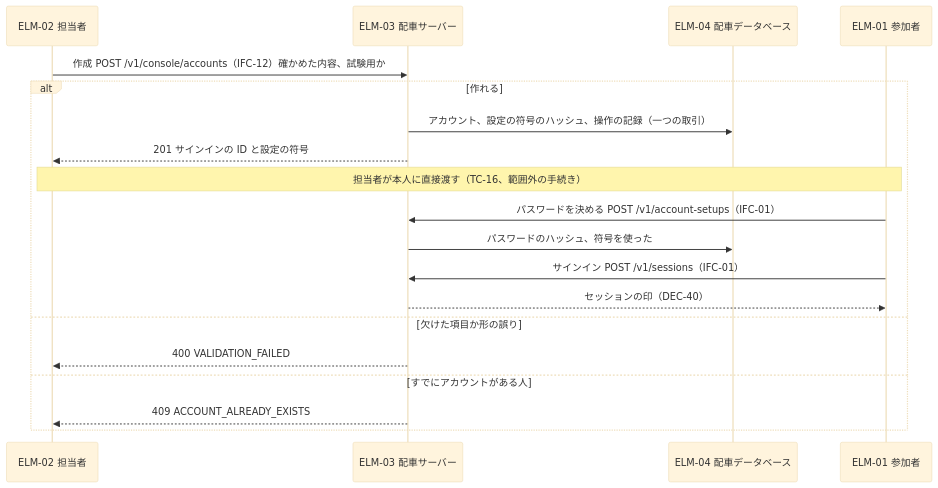
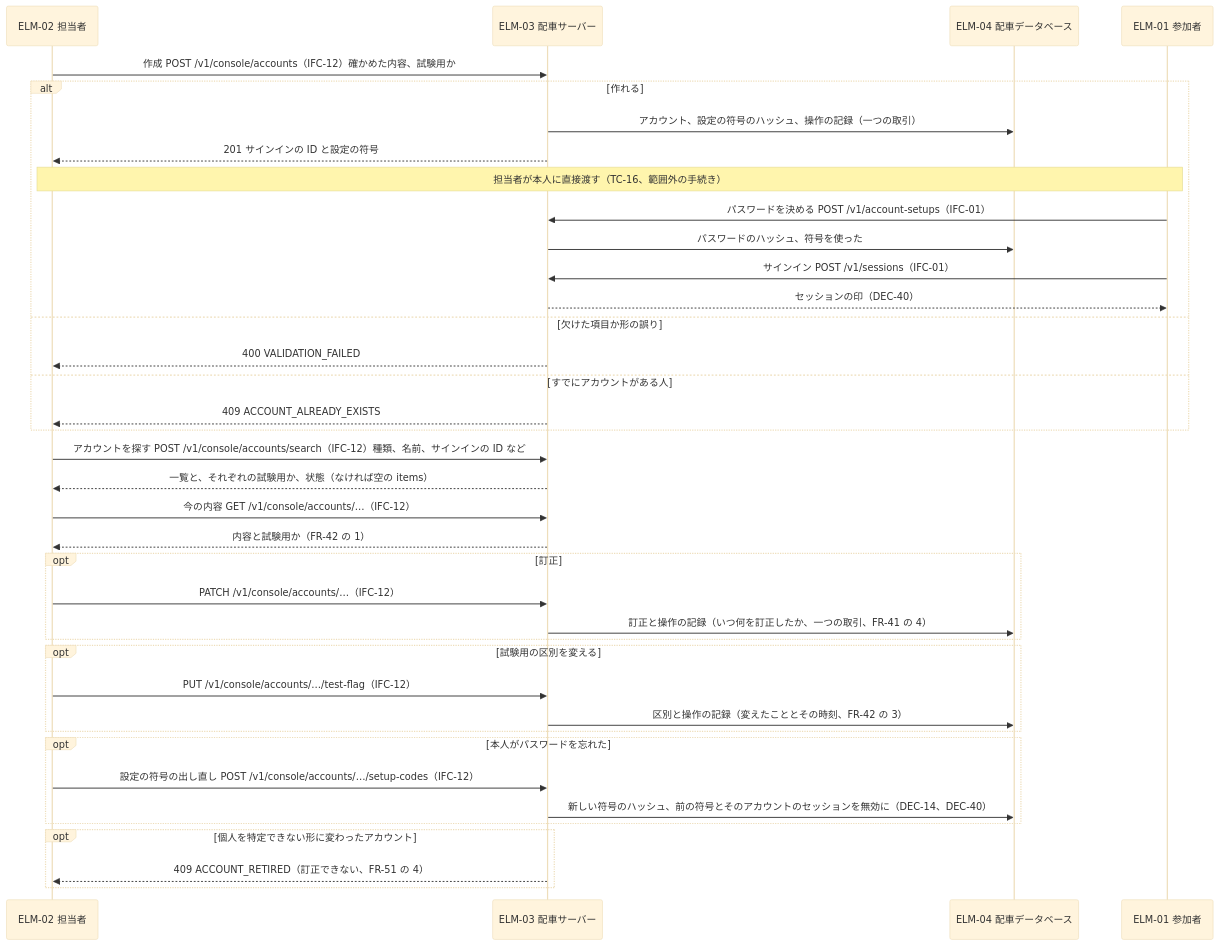
Diagram 20 of 57 in docs/design/3-high-level-design.md (Taro000/ride-hailing-app-demo), drawn with Mermaid (base theme) before and after one commit. The commit also changed other lines of this file and 51 other files, not shown here.

````diff
--- a/docs/design/3-high-level-design.md
+++ b/docs/design/3-high-level-design.md
@@ -692,21 +770,40 @@
 ```mermaid
 sequenceDiagram
   participant O as ELM-02 担当者
   participant S as ELM-03 配車サーバー
   participant DB as ELM-04 配車データベース
   participant A as ELM-01 参加者
   O->>S: 作成 POST /v1/console/accounts（IFC-12）確かめた内容、試験用か
   alt 作れる
     S->>DB: アカウント、設定の符号のハッシュ、操作の記録（一つの取引）
     S-->>O: 201 サインインの ID と設定の符号
     Note over O,A: 担当者が本人に直接渡す（TC-16、範囲外の手続き）
     A->>S: パスワードを決める POST /v1/account-setups（IFC-01）
     S->>DB: パスワードのハッシュ、符号を使った
     A->>S: サインイン POST /v1/sessions（IFC-01）
     S-->>A: セッションの印（DEC-40）
   else 欠けた項目か形の誤り
     S-->>O: 400 VALIDATION_FAILED
   else すでにアカウントがある人
     S-->>O: 409 ACCOUNT_ALREADY_EXISTS
   end
+  O->>S: アカウントを探す POST /v1/console/accounts/search（IFC-12）種類、名前、サインインの ID など
+  S-->>O: 一覧と、それぞれの試験用か、状態（なければ空の items）
+  O->>S: 今の内容 GET /v1/console/accounts/…（IFC-12）
+  S-->>O: 内容と試験用か（FR-42 の 1）
+  opt 訂正
+    O->>S: PATCH /v1/console/accounts/…（IFC-12）
+    S->>DB: 訂正と操作の記録（いつ何を訂正したか、一つの取引、FR-41 の 4）
+  end
+  opt 試験用の区別を変える
+    O->>S: PUT /v1/console/accounts/…/test-flag（IFC-12）
+    S->>DB: 区別と操作の記録（変えたこととその時刻、FR-42 の 3）
+  end
+  opt 本人がパスワードを忘れた
+    O->>S: 設定の符号の出し直し POST /v1/console/accounts/…/setup-codes（IFC-12）
+    S->>DB: 新しい符号のハッシュ、前の符号とそのアカウントのセッションを無効に（DEC-14、DEC-40）
+  end
+  opt 個人を特定できない形に変わったアカウント
+    S-->>O: 409 ACCOUNT_RETIRED（訂正できない、FR-51 の 4）
+  end
 ```
````
